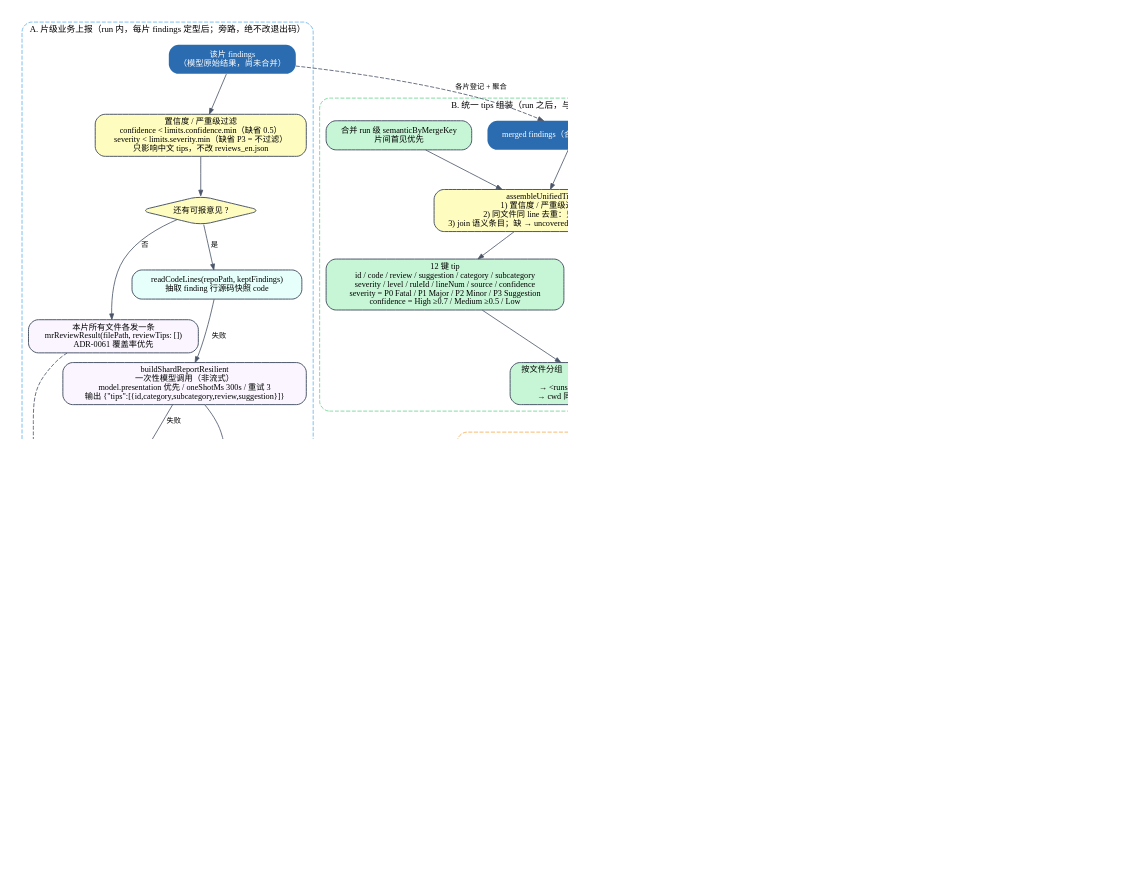
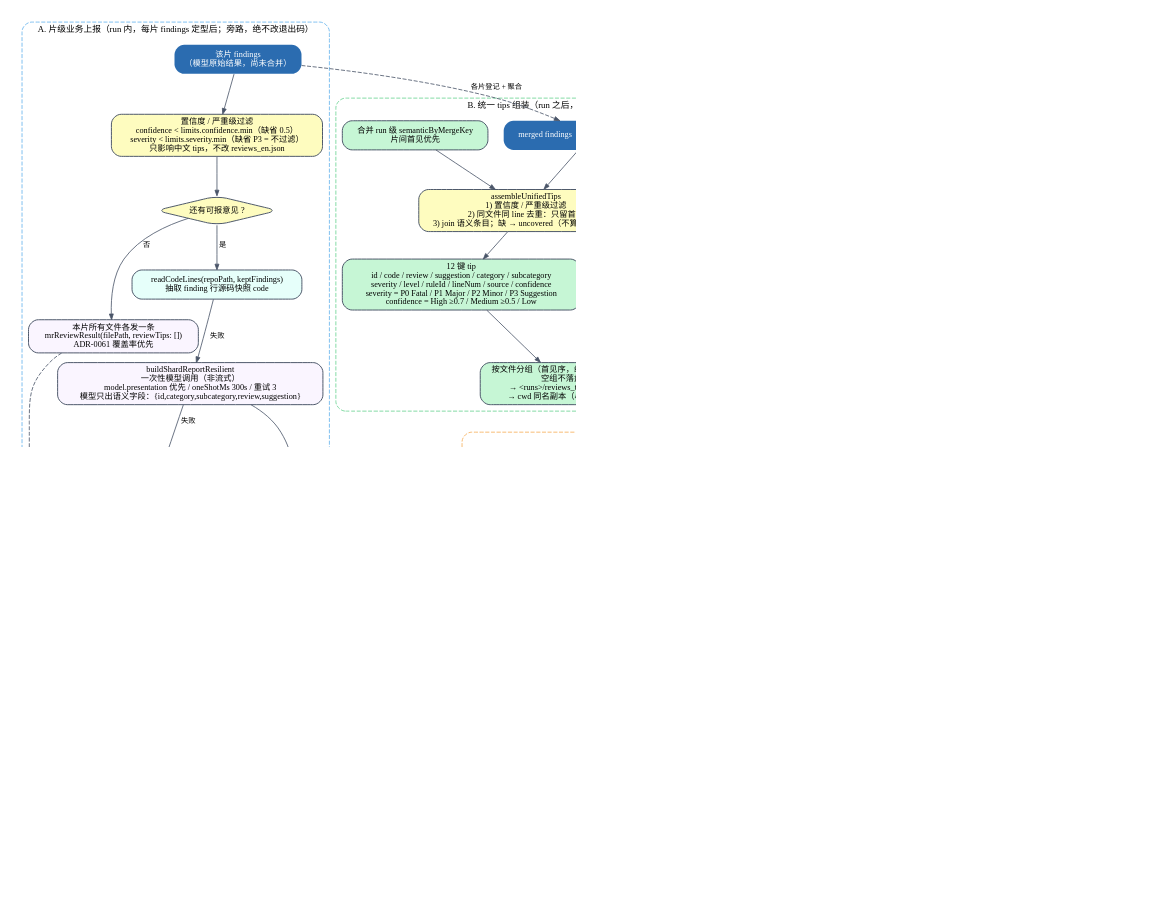
The diagram in docs/png/review-reporting.dot (ffanwei/ReviewAgent-pi), drawn with Graphviz before and after one commit. The commit also changed 15 other files, not shown here.

First line of the commit message:
docs: refresh flow diagrams and reporting docs

```diff
--- a/docs/png/review-reporting.dot
+++ b/docs/png/review-reporting.dot
@@ -1,93 +1,93 @@
 digraph review_reporting {
   graph [charset="UTF-8", rankdir=TB, bgcolor="white", fontname="Microsoft YaHei", fontsize=12,
          nodesep=0.26, ranksep=0.34, pad=0.25, dpi=150];
   node  [shape=box, style="rounded,filled", fontname="Microsoft YaHei", fontsize=10.2,
          color="#4A5568", fillcolor="#F7FAFC", penwidth=1.2, margin="0.14,0.06"];
   edge  [fontname="Microsoft YaHei", fontsize=9, color="#4A5568", arrowsize=0.7];
 
   subgraph cluster_shard {
     label="A. 片级业务上报（run 内，每片 findings 定型后；旁路，绝不改退出码）";
     fontname="Microsoft YaHei"; fontsize=10.8; color="#63B3ED"; style="rounded,dashed";
 
     shardFindings [label="该片 findings\n（模型原始结果，尚未合并）", fillcolor="#2B6CB0", fontcolor="white", penwidth=0];
     conf [label="置信度 / 严重级过滤\nconfidence < limits.confidence.min（缺省 0.5）\nseverity < limits.severity.min（缺省 P3 = 不过滤）\n只影响中文 tips，不改 reviews_en.json", fillcolor="#FEFCBF"];
     keptq [label="还有可报意见 ?", shape=diamond, fillcolor="#FEFCBF"];
     emptyAll [label="本片所有文件各发一条\nmrReviewResult(filePath, reviewTips: [])\nADR-0061 覆盖率优先", fillcolor="#FAF5FF"];
     code [label="readCodeLines(repoPath, keptFindings)\n抽取 finding 行源码快照 code", fillcolor="#E6FFFA"];
-    gen [label="buildShardReportResilient\n一次性模型调用（非流式）\nmodel.presentation 优先 / oneShotMs 300s / 重试 3\n输出 {\"tips\":[{id,category,subcategory,review,suggestion}]}", fillcolor="#FAF5FF"];
-    split [label="全量生成失败（超时 / 截断 / 非 JSON）\n按条数二分拆批重试：最多 2 层\n拆分批次单次尝试、串行", fillcolor="#FED7D7"];
+    gen [label="buildShardReportResilient\n一次性模型调用（非流式）\nmodel.presentation 优先 / oneShotMs 300s / 重试 3\n模型只出语义字段：{id,category,subcategory,review,suggestion}", fillcolor="#FAF5FF"];
+    split [label="全量生成失败（超时 / 截断 / 非 JSON）\n按条数二分拆批重试：DEFAULT_SPLIT_MAX_DEPTH = 2\n最坏 1+2+4 = 7 次调用；拆分批单次尝试、串行", fillcolor="#FED7D7"];
     failed [label="仍失败\n本片文件全部补空 tips\n逐条登记 uncovered 原因", fillcolor="#FED7D7"];
-    validate [label="逐条校验 / 降级\nfilePath 规范化（反斜杠→/，拒绝绝对路径与 ..）\nid 对不上 → 跳过；category 不可归一 → 跳过\n缺字段 → finding 推导兜底并留痕", fillcolor="#FEFCBF"];
+    validate [label="逐条校验 / 降级\nfilePath 规范化（反斜杠→/，拒绝绝对路径与 ..）\ncode 读不到 → 跳过该条报文（绝不编）\ncategory 兜底映射表仍不可归一 → 跳过\n缺字段 → finding 推导兜底并留痕", fillcolor="#FEFCBF"];
     semantic [label="语义登记 semanticByKey\n键 = 合并键 (file,line,title)\n同时记 uncoveredByKey（逐条原因）", fillcolor="#C6F6D5"];
     perFile [label="按文件分组，逐文件调用\nmrReviewResult(taskId, filePath, reviewTips)\n每文件只发一条（attempted 去重）", fillcolor="#FAF5FF"];
     submitted [label="成功才登记 submittedFindingKeys\n（收尾总结的唯一口径）", fillcolor="#C6F6D5"];
     remain [label="本片剩余文件补空包\nreportFilesWithoutTips(exclude=attempted)\n含「有 finding 但 tips 全被跳过 / 上报失败」", fillcolor="#FAF5FF"];
 
     shardFindings -> conf -> keptq;
     keptq -> emptyAll [label=" 否 "];
     keptq -> code [label=" 是 "];
     code -> gen -> split [label=" 失败 "];
     split -> validate [label=" 救回部分 "];
     gen -> validate [label=" 成功 "];
     split -> failed [label=" 仍失败 "];
     failed -> remain;
     validate -> semantic -> perFile -> submitted -> remain;
     emptyAll -> remain [style=dashed];
   }
 
   subgraph cluster_tips {
     label="B. 统一 tips 组装（run 之后，与片级报文同一份生成、两个出口）";
     fontname="Microsoft YaHei"; fontsize=10.8; color="#68D391"; style="rounded,dashed";
     merged [label="merged findings（合并去重后，F001…）", fillcolor="#2B6CB0", fontcolor="white", penwidth=0];
     mergeSem [label="合并 run 级 semanticByMergeKey\n片间首见优先", fillcolor="#C6F6D5"];
     build [label="assembleUnifiedTips\n1) 置信度 / 严重级过滤\n2) 同文件同 line 去重：只留首条\n3) join 语义条目；缺 → uncovered（不算故意丢弃）", fillcolor="#FEFCBF"];
     keys [label="12 键 tip\nid / code / review / suggestion / category / subcategory\nseverity / level / ruleId / lineNum / source / confidence\nseverity = P0 Fatal / P1 Major / P2 Minor / P3 Suggestion\nconfidence = High ≥0.7 / Medium ≥0.5 / Low", fillcolor="#C6F6D5"];
     doc [label="按文件分组（首见序，组内 line 升序）\n空组不落盘\n→ <runs>/reviews_tips_zh.json\n→ cwd 同名副本（尽力而为）", fillcolor="#C6F6D5"];
     uncovered [label="未覆盖逐条 stderr\n「未获统一生成覆盖（file:line (id)），tips 缺席该条：原因」\n审计只记 tipsFilter（阈值 + 丢弃数）", fillcolor="#FFF5F5"];
 
     merged -> build;
     mergeSem -> build;
     build -> keys -> doc;
     build -> uncovered [style=dashed];
   }
 
   subgraph cluster_present {
     label="C. 业务关闭时的统一生成兜底（收尾一次，不发报文；ADR-0065）";
     fontname="Microsoft YaHei"; fontsize=10.8; color="#B794F4"; style="rounded,dashed";
     engineq [label="taskToolsOn ?", shape=diamond, fillcolor="#FEFCBF"];
     noop [label="业务开启\n片级回调已生成并登记语义\n收尾零额外调用"];
     fallback [label="buildShardReportResilient(keptFindings)\n一次非流式模型调用（仅登记语义）\n失败：二分拆批重试 → uncovered", fillcolor="#FAF5FF"];
     noroll [label="不回落呈现引擎\npresentation.engine 仅 legacy 兼容键\nstdout 恒英文、无 presentation 键", fillcolor="#C6F6D5"];
     engineq -> noop [label=" 是 "];
     engineq -> fallback [label=" 否 "];
     fallback -> noroll;
     noop -> noroll;
   }
 
   subgraph cluster_summary {
     label="D. 收尾总结与任务收尾";
     fontname="Microsoft YaHei"; fontsize=10.8; color="#F6AD55"; style="rounded,dashed";
     scope [label="口径 = 平台最终收到的意见\nsummaryFindings = findings ∩ submittedFindingKeys\nsummaryTips = tips 中 id ∈ submittedSourceIds\n（未上报条目不进总结）", fillcolor="#FEFCBF"];
     zeroq [label="findings 条数 ?", shape=diamond, fillcolor="#FEFCBF"];
     fixedZero [label="固定文案\n# 检视总结\n\n本次检视未发现缺陷。\n（不调用模型）", fillcolor="#C6F6D5"];
     fixedUnrep[label="零已上报但存在未上报\n固定「未向平台上报任何检视意见」\n绝不谎报「未发现缺陷」", fillcolor="#FFF5F5"];
     model [label="buildReviewSummary\n中文 tips + findings 摘要 → Markdown\n失败 / 空回复 → 确定性模板\n（计数 + 按文件清单）", fillcolor="#FAF5FF"];
     settle [label="固定沉降 5s（ADR-0053）\nmrReviewResult → saveReviewSummary\n→ endTask", fillcolor="#FEFCBF"];
     save [label="saveReviewSummary(taskId, markdownContent)", fillcolor="#FAF5FF"];
     end [label="endTask(taskId)\nfinally 必发（startTask 成功过）", fillcolor="#FAF5FF"];
-    log [label="runs/mcp.json\n四个业务调用输入 / 输出 / 耗时\n事件 flush：sent / failed / dropped", fillcolor="#C6F6D5"];
+    log [label="runs/mcp.json\n四个业务调用输入 / 输出 / 耗时\n事件 flush：sent / failed / dropped\n[finally] [time] 阶段账本 / [usage] 整任务账本（stderr）", fillcolor="#C6F6D5"];
 
     scope -> zeroq;
     zeroq -> fixedZero [label=" 0 "];
     zeroq -> fixedUnrep [label=" >0 但都已上报集合为空 "];
     zeroq -> model [label=" >0 且有已上报 "];
     model -> settle;
     fixedZero -> settle;
     fixedUnrep -> settle;
     settle -> save -> end -> log;
   }
 
   shardFindings -> merged [style=dashed, label=" 各片登记 + 聚合 "];
   doc -> scope;
   noroll -> scope [style=dotted, label=" 无呈现翻译 "];
 }
```
